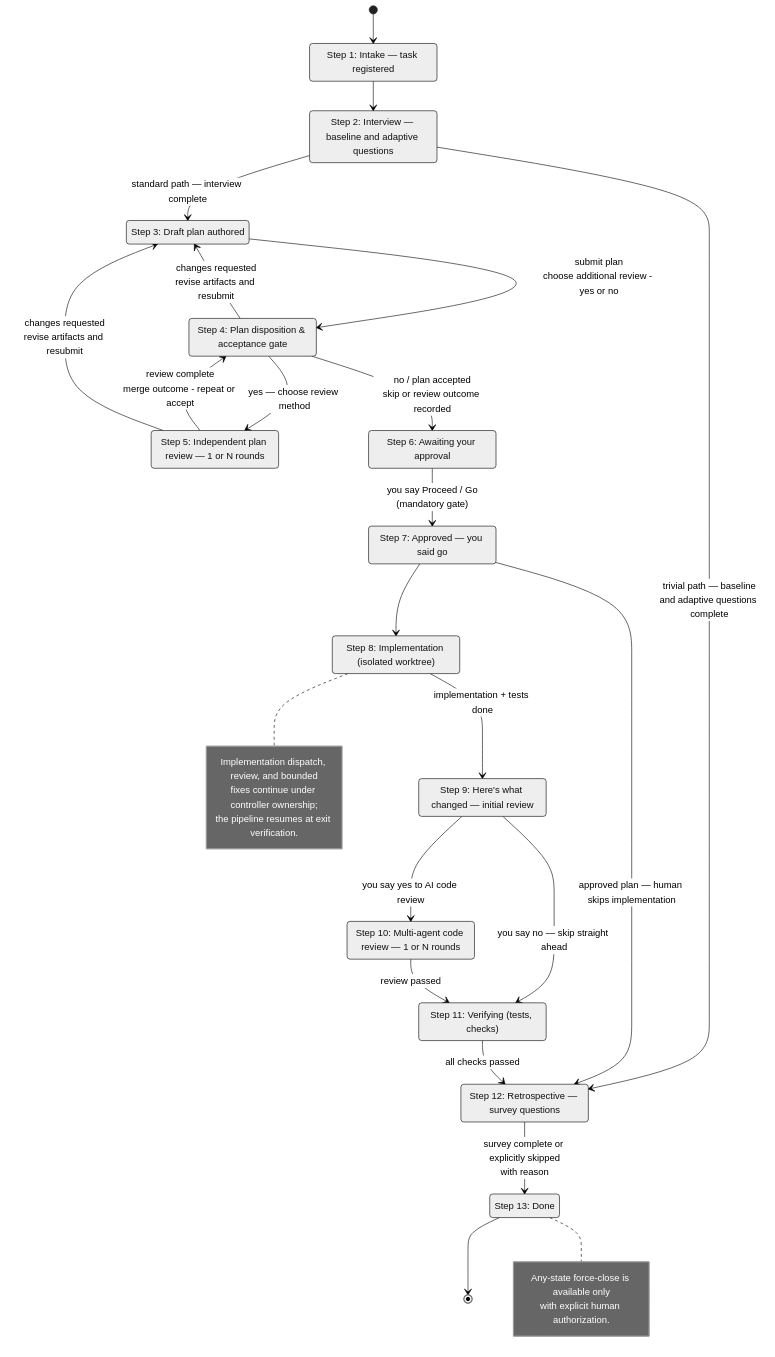
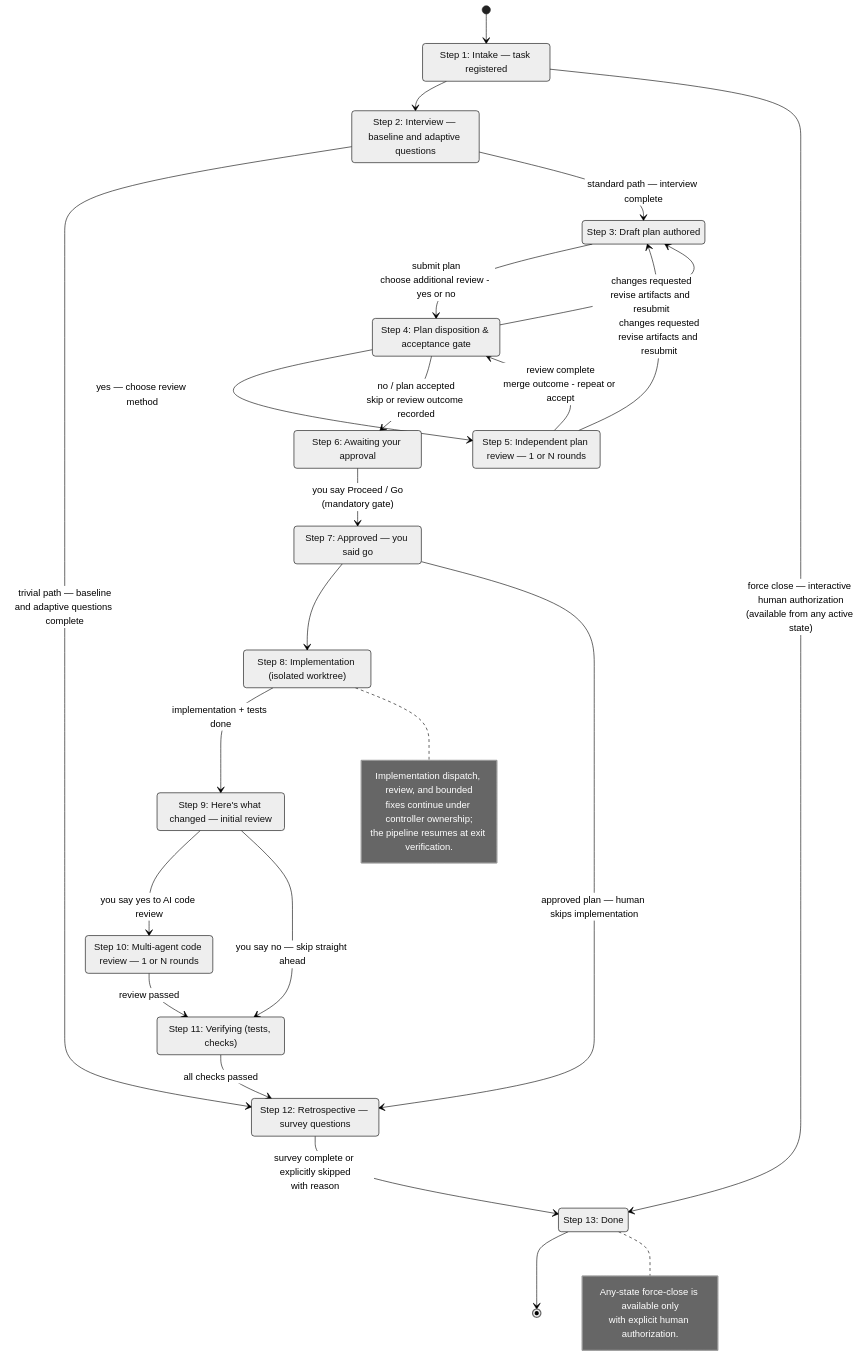
The diagram in docs/diagrams/control-plane-pipeline-happy-path.mermaid (richfrem/agent-plugins-skills), drawn with Mermaid (neutral theme) before and after one commit. The commit also changed 34 other files, not shown here.

```diff
--- a/docs/diagrams/control-plane-pipeline-happy-path.mermaid
+++ b/docs/diagrams/control-plane-pipeline-happy-path.mermaid
@@ -1,46 +1,47 @@
 stateDiagram-v2
     state "Step 1: Intake — task registered" as INTAKE
     state "Step 2: Interview — baseline and adaptive questions" as INTERVIEW
     state "Step 3: Draft plan authored" as DRAFT_PLAN
     state "Step 4: Plan disposition & acceptance gate" as PLAN_REVIEW
     state "Step 5: Independent plan review — 1 or N rounds" as MULTI_AGENT_REVIEW
     state "Step 6: Awaiting your approval" as AWAITING_APPROVAL
     state "Step 7: Approved — you said go" as APPROVED
     state "Step 8: Implementation (isolated worktree)" as IN_WORKTREE
     state "Step 9: Here's what changed — initial review" as WORKTREE_REVIEW
     state "Step 10: Multi-agent code review — 1 or N rounds" as MULTI_AGENT_CODE_REVIEW
     state "Step 11: Verifying (tests, checks)" as VERIFY_EXIT
     state "Step 12: Retrospective — survey questions" as RETROSPECTIVE
     state "Step 13: Done" as DONE
 
     [*] --> INTAKE
     INTAKE --> INTERVIEW
     INTERVIEW --> RETROSPECTIVE : trivial path — baseline<br/>and adaptive questions complete
     INTERVIEW --> DRAFT_PLAN : standard path — interview complete
     DRAFT_PLAN --> PLAN_REVIEW : submit plan<br/>choose additional review - yes or no
     PLAN_REVIEW --> MULTI_AGENT_REVIEW : yes — choose review method
     PLAN_REVIEW --> AWAITING_APPROVAL : no / plan accepted<br/>skip or review outcome recorded
     PLAN_REVIEW --> DRAFT_PLAN : changes requested<br/>revise artifacts and resubmit
     MULTI_AGENT_REVIEW --> PLAN_REVIEW : review complete<br/>merge outcome - repeat or accept
     MULTI_AGENT_REVIEW --> DRAFT_PLAN : changes requested<br/>revise artifacts and resubmit
     AWAITING_APPROVAL --> APPROVED : you say Proceed / Go<br/>(mandatory gate)
     APPROVED --> IN_WORKTREE
     APPROVED --> RETROSPECTIVE : approved plan — human skips implementation
     IN_WORKTREE --> WORKTREE_REVIEW : implementation + tests done
     WORKTREE_REVIEW --> MULTI_AGENT_CODE_REVIEW : you say yes to AI code review
     WORKTREE_REVIEW --> VERIFY_EXIT : you say no — skip straight ahead
     MULTI_AGENT_CODE_REVIEW --> VERIFY_EXIT : review passed
     VERIFY_EXIT --> RETROSPECTIVE : all checks passed
     RETROSPECTIVE --> DONE : survey complete or explicitly skipped<br/>with reason
+    INTAKE --> DONE : force close — interactive human authorization<br/>(available from any active state)
     DONE --> [*]
 
     note right of DONE
         Any-state force-close is available only
         with explicit human authorization.
     end note
 
     note right of IN_WORKTREE
         Implementation dispatch, review, and bounded
         fixes continue under controller ownership;
         the pipeline resumes at exit verification.
     end note
```
